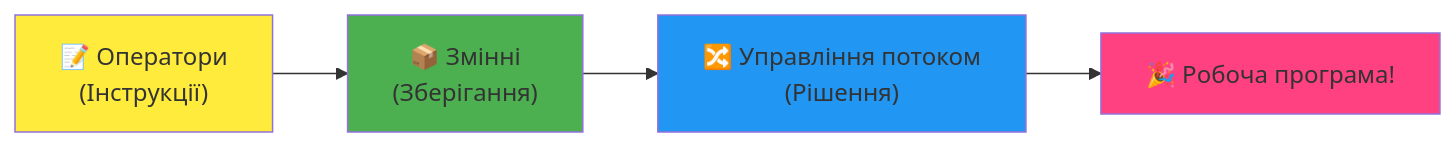
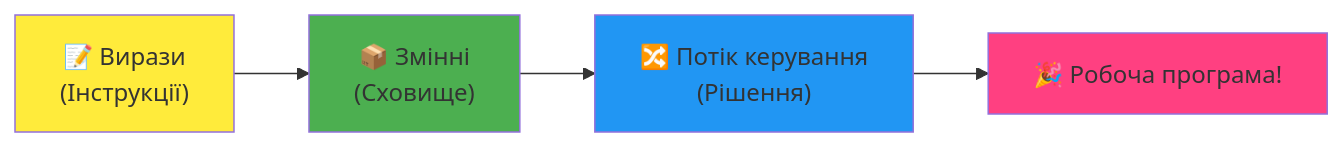
One commit to microsoft/Web-Dev-For-Beginners changed the fourth of 7 diagrams in translations/uk/1-getting-started-lessons/1-intro-to-programming-languages/README.md. Above: the diagram before and after it, drawn with Mermaid. The commit also changed other lines of this file and 8 other files, not shown here.

````diff
--- a/translations/uk/1-getting-started-lessons/1-intro-to-programming-languages/README.md
+++ b/translations/uk/1-getting-started-lessons/1-intro-to-programming-languages/README.md
@@ -467,9 +467,9 @@
 ```mermaid
 flowchart LR
-    A["📝 Оператори<br/>(Інструкції)"] --> B["📦 Змінні<br/>(Зберігання)"] --> C["🔀 Управління потоком<br/>(Рішення)"] --> D["🎉 Робоча програма!"]
+    A["📝 Вирази<br/>(Інструкції)"] --> B["📦 Змінні<br/>(Сховище)"] --> C["🔀 Потік керування<br/>(Рішення)"] --> D["🎉 Робоча програма!"]
     
     style A fill:#ffeb3b
     style B fill:#4caf50
     style C fill:#2196f3
     style D fill:#ff4081
 ```
````
